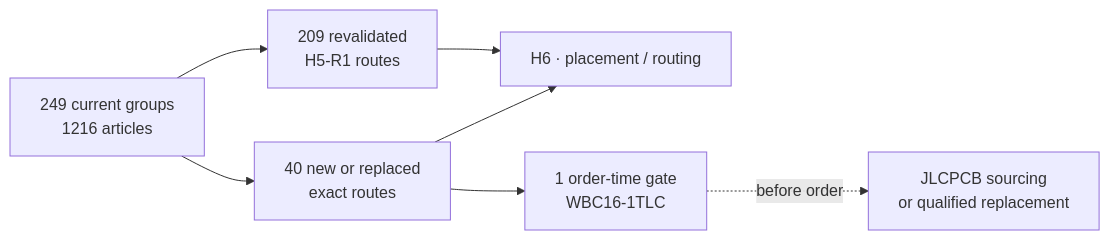
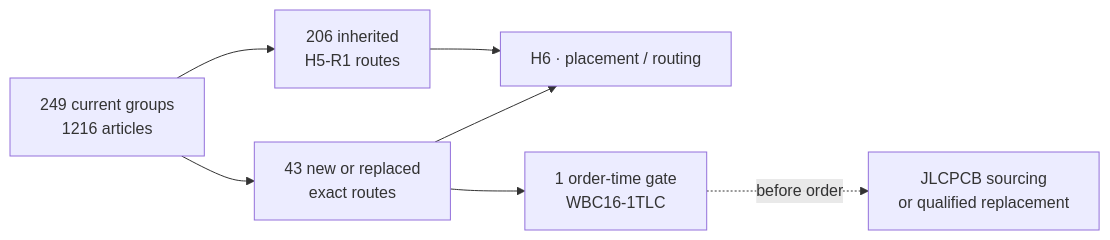
The diagram in docs/h5-r2-current-route.md (anton-vinogradov/esp32-leshy2), drawn with Mermaid before and after one commit. The commit also changed other lines of this file and 162 other files, not shown here.

````diff
--- a/docs/h5-r2-current-route.md
+++ b/docs/h5-r2-current-route.md
@@ -5,9 +5,9 @@
 ```mermaid
 flowchart LR
-  A["249 current groups<br/>1216 articles"] --> B["209 revalidated<br/>H5-R1 routes"]
-  A --> C["40 new or replaced<br/>exact routes"]
+  A["249 current groups<br/>1216 articles"] --> B["206 inherited<br/>H5-R1 routes"]
+  A --> C["43 new or replaced<br/>exact routes"]
   B --> D["H6 · placement / routing"]
   C --> D
   C --> E["1 order-time gate<br/>WBC16-1TLC"]
   E -. "before order" .-> F["JLCPCB sourcing<br/>or qualified replacement"]
 ```
````
